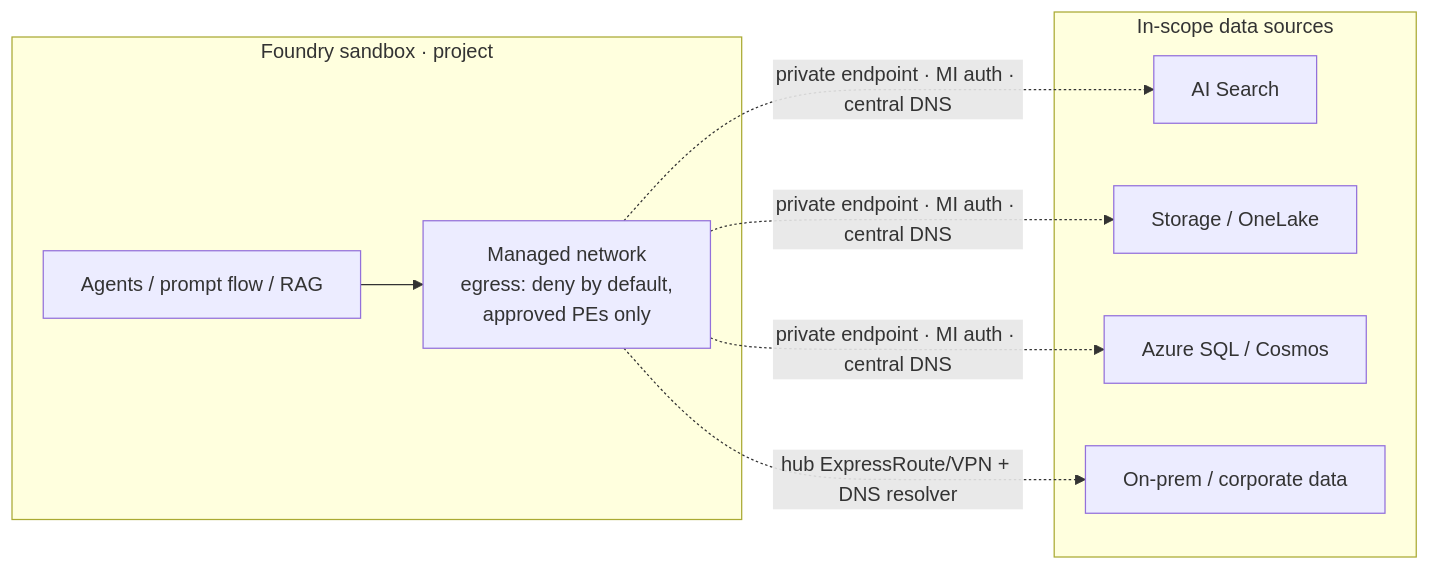
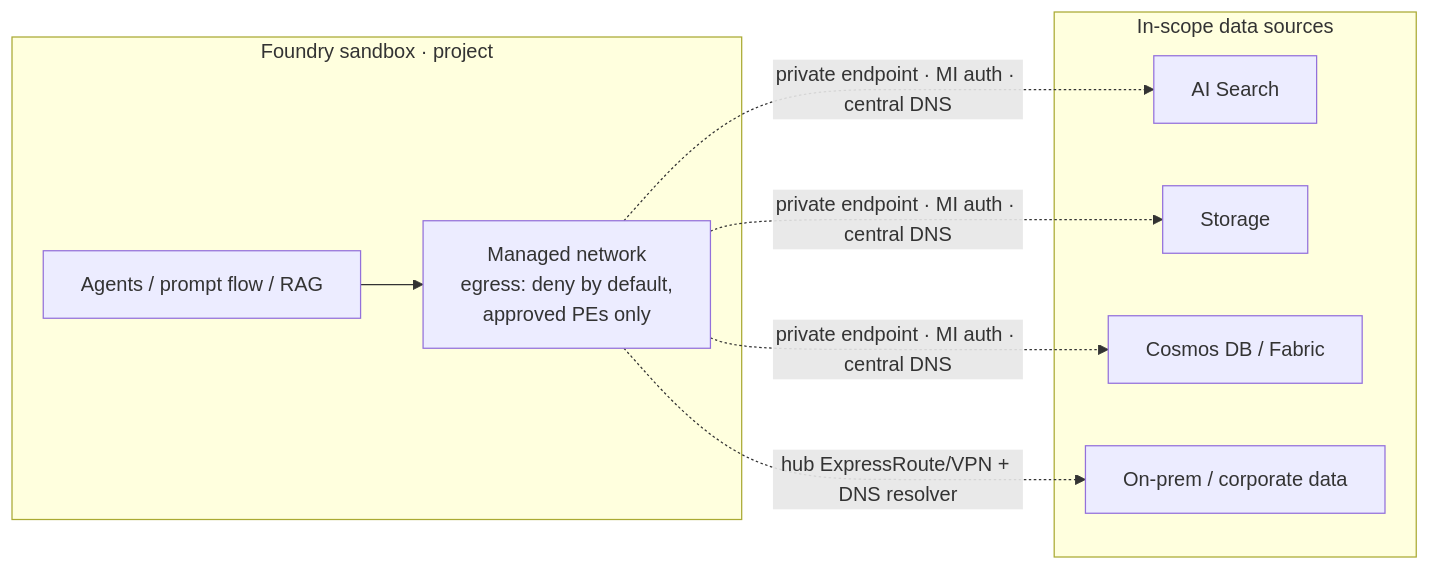
The diagram in examples/baker-mckenzie-workshop/README.md (troyhite/terraform-azurerm-avm-ptn-aiml-landing-zone), drawn with Mermaid before and after one commit. The commit also changed other lines of this file and 3 other files, not shown here.

````diff
--- a/examples/baker-mckenzie-workshop/README.md
+++ b/examples/baker-mckenzie-workshop/README.md
@@ -160,18 +198,18 @@
 ```mermaid
 flowchart LR
   subgraph SANDBOX[Foundry sandbox · project]
     AGENT["Agents / prompt flow / RAG"]
     MNET["Managed network<br/>egress: deny by default,<br/>approved PEs only"]
   end
   subgraph DATA[In-scope data sources]
     SRCH["AI Search"]
-    STOR["Storage / OneLake"]
-    SQL["Azure SQL / Cosmos"]
+    STOR["Storage"]
+    SQL["Cosmos DB / Fabric"]
     ONPREM["On-prem / corporate data"]
   end
   AGENT --> MNET
   MNET -.->|"private endpoint · MI auth · central DNS"| SRCH
   MNET -.->|"private endpoint · MI auth · central DNS"| STOR
   MNET -.->|"private endpoint · MI auth · central DNS"| SQL
   MNET -.->|"hub ExpressRoute/VPN + DNS resolver"| ONPREM
 ```
````
